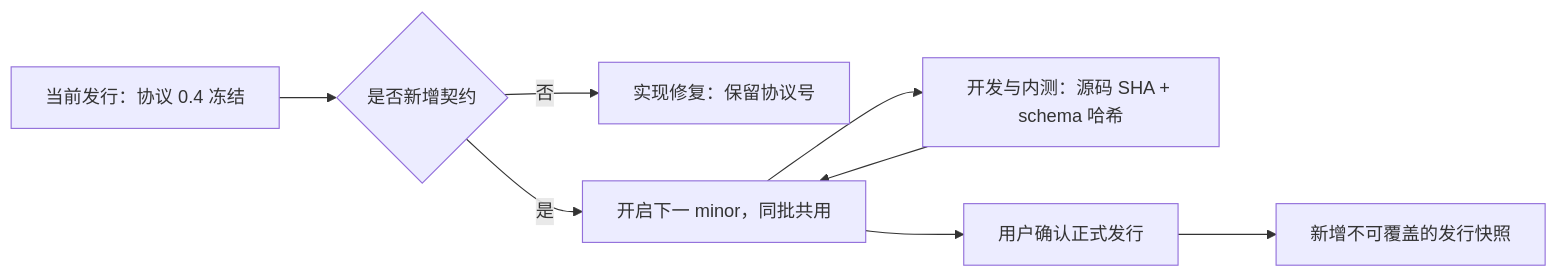
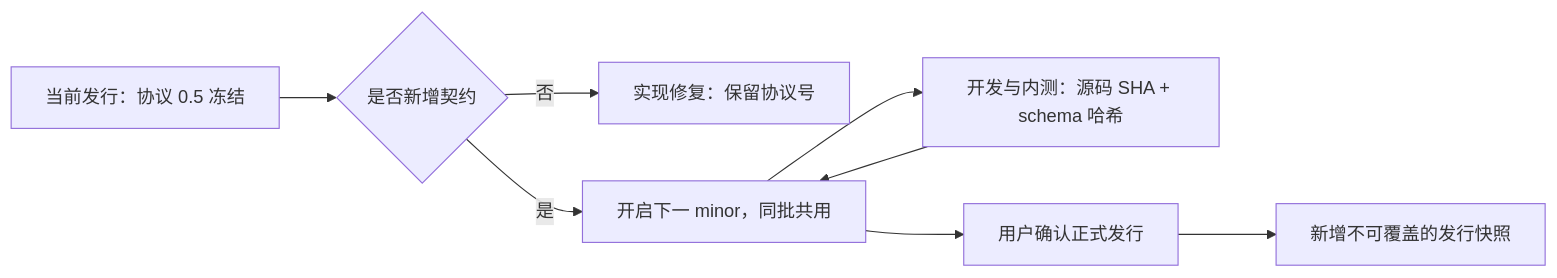
The first of 3 diagrams in doc/04-protocol/versioning.md (virjar/team-talk), drawn with Mermaid before and after one commit. The commit also changed 8 other files, not shown here.

````diff
--- a/doc/04-protocol/versioning.md
+++ b/doc/04-protocol/versioning.md
@@ -46,10 +46,10 @@
 ```mermaid
 flowchart LR
-    Frozen["当前发行：协议 0.4 冻结"] --> New{"是否新增契约"}
+    Frozen["当前发行：协议 0.5 冻结"] --> New{"是否新增契约"}
     New -->|否| Fix["实现修复：保留协议号"]
     New -->|是| Pending["开启下一 minor，同批共用"]
     Pending --> QA["开发与内测：源码 SHA + schema 哈希"]
     QA --> Pending
     Pending --> Approval["用户确认正式发行"]
     Approval --> Next["新增不可覆盖的发行快照"]
 ```
````
